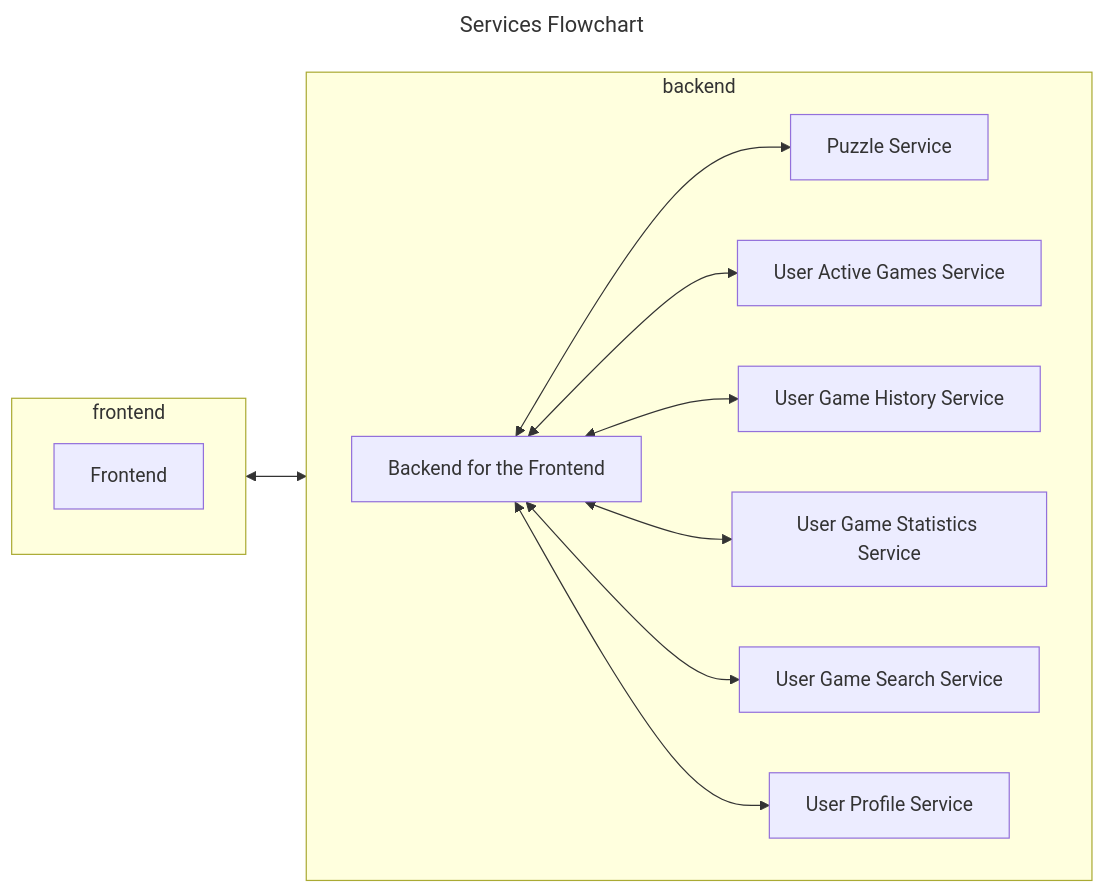
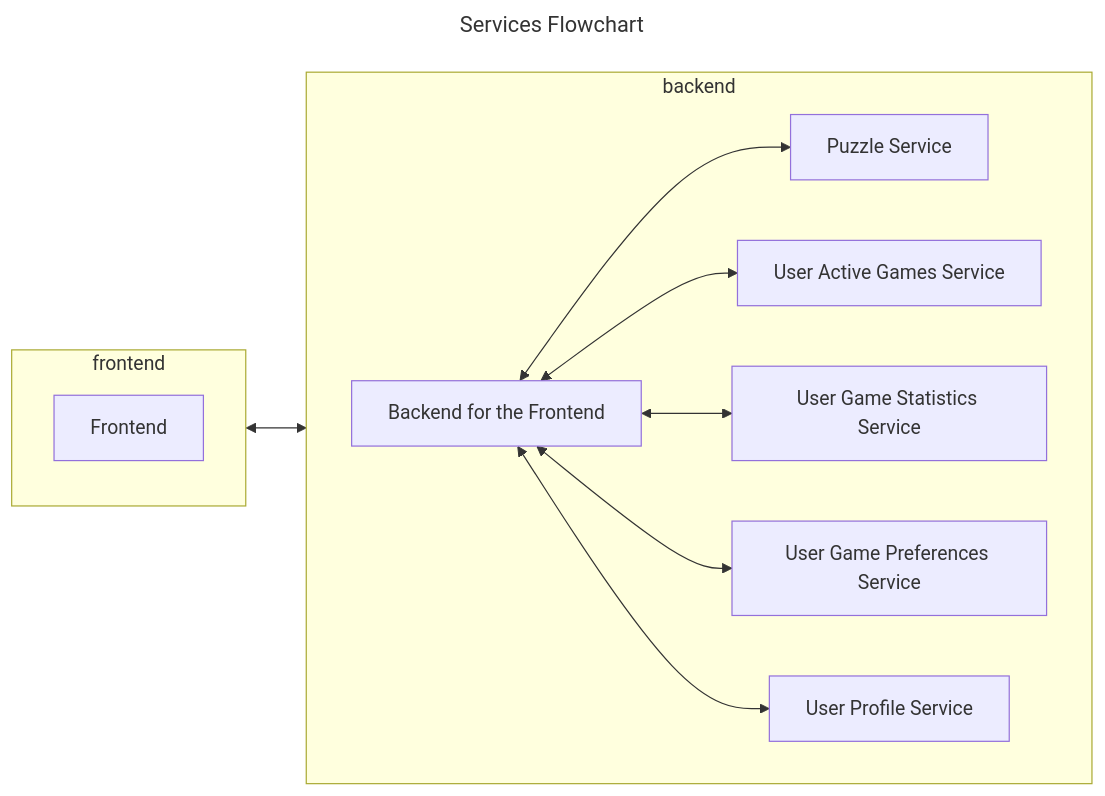
Before and after one commit to Sudokuru/Puzzle: the diagram in Documentation/Diagrams/Flowchart.md, drawn with Mermaid.

Commit message:
Updating diagram services

````diff
--- a/Documentation/Diagrams/Flowchart.md
+++ b/Documentation/Diagrams/Flowchart.md
@@ -1,21 +1,20 @@
 ```mermaid
 ---
 title: Services Flowchart
 ---
 flowchart LR
   subgraph frontend
     FE[Frontend]
   end
   subgraph backend
     direction LR
     BFF[Backend for the Frontend]
     PS[Puzzle Service]
     UAG[User Active Games Service]
-    UGH[User Game History Service]
-    UGSt[User Game Statistics Service]
-    UGSe[User Game Search Service]
+    UGS[User Game Statistics Service]
+    UGP[User Game Preferences Service]
     UP[User Profile Service]
-    BFF <--> PS & UAG & UGH & UGSt & UGSe & UP
+    BFF <--> PS & UAG & UGS & UGP & UP
   end
   frontend <--> backend
  ```
````
